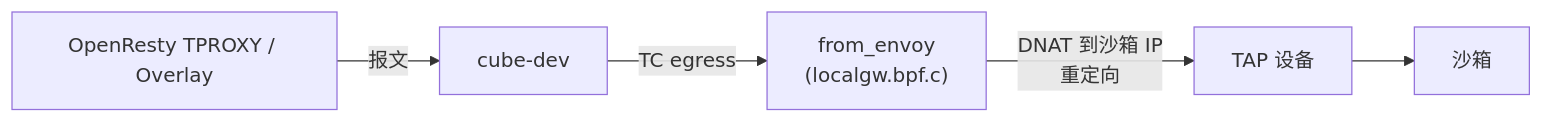
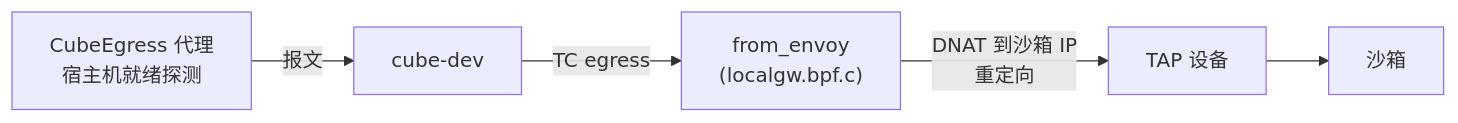
Before and after one commit to TencentCloud/CubeSandbox: the third of 4 diagrams in docs/zh/architecture/network.md, drawn with Mermaid. The commit also changed other lines of this file and 1 other file, not shown here.

First line of the commit message:
docs(network): Revise CubeVS architecture doc to match current implementation

````diff
--- a/docs/zh/architecture/network.md
+++ b/docs/zh/architecture/network.md
@@ -108,7 +106,7 @@
 ```mermaid
 graph LR
-    A["OpenResty TPROXY / Overlay"] -->|报文| B["cube-dev"]
+    A["CubeEgress 代理<br/>宿主机就绪探测"] -->|报文| B["cube-dev"]
     B -->|TC egress| C["from_envoy<br/>(localgw.bpf.c)"]
     C -->|DNAT 到沙箱 IP<br/>重定向| D["TAP 设备"]
     D --> E["沙箱"]
 ```
````
